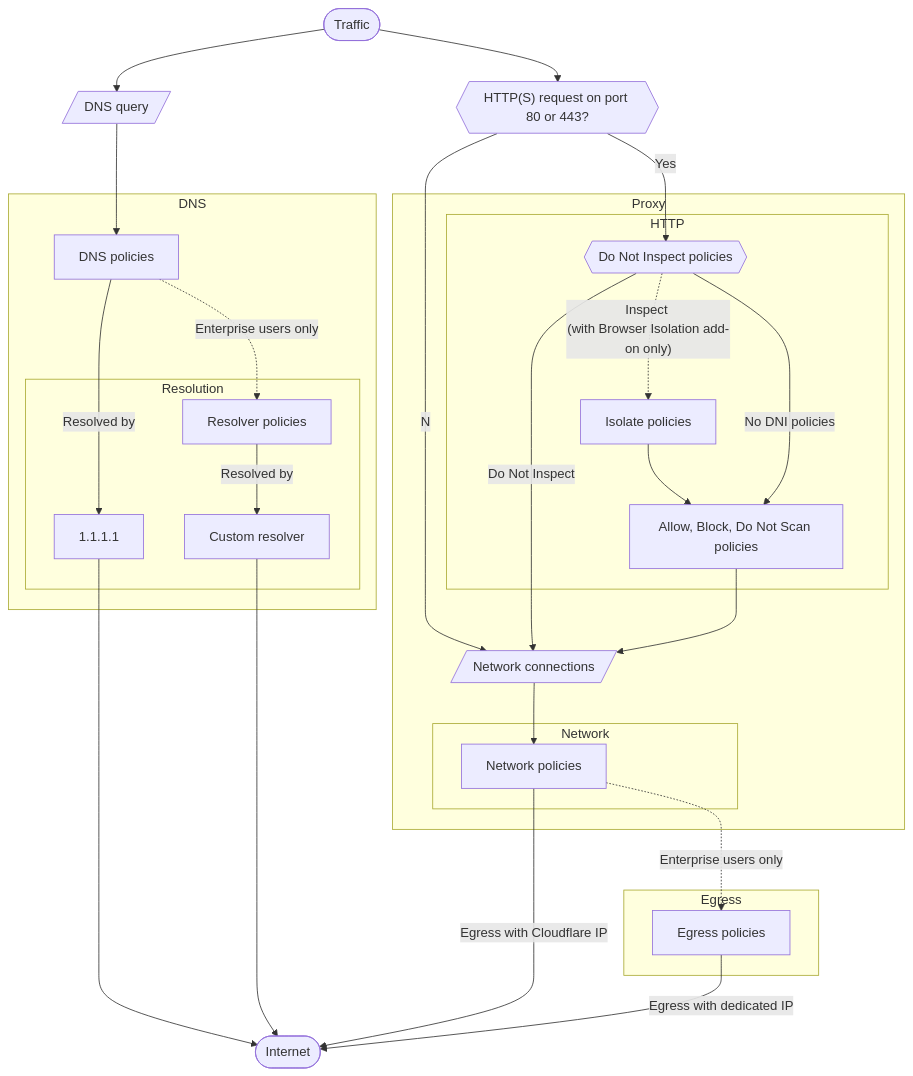
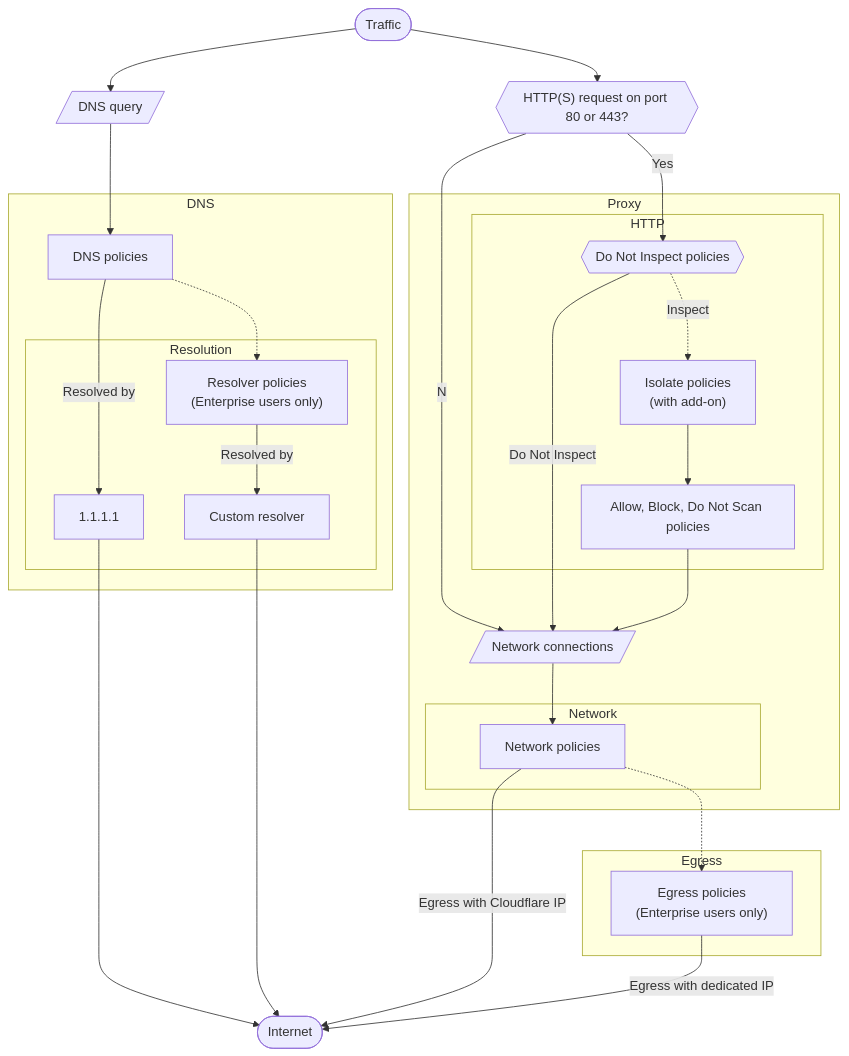
One commit to cloudflare/cloudflare-docs changed the diagram in content/cloudflare-one/policies/gateway/order-of-enforcement.md. Above: the diagram before and after it, drawn with Mermaid.

Commit message:
Apply suggestions

````diff
--- a/content/cloudflare-one/policies/gateway/order-of-enforcement.md
+++ b/content/cloudflare-one/policies/gateway/order-of-enforcement.md
@@ -11,59 +11,58 @@
 ```mermaid
 flowchart TB
     %% Accessibility
     accTitle: Gateway order of enforcement
     accDescr: Flowchart describing the order of enforcement for Gateway policies.
 
     %% In with user traffic
     start(["Traffic"])-->dns0[/"DNS query"/]-->dns1
     start-->http0{{"HTTP(S) request on port 80 or 443?"}}
     http0--Yes-->http1
     http0--No-->network0
 
     %% DNS policies
     subgraph DNS
     dns1["DNS policies"]
     style DNS text-align:left
     dns1--Resolved by-->dns2["1.1.1.1"]
-    dns1-.Enterprise users only.->dns3
+    dns1-.->dns3
 
         %% DNS resolution
         subgraph Resolution
         dns2["1.1.1.1"]
-        dns3["Resolver policies"]--Resolved by-->dns4["Custom resolver"]
+        dns3["Resolver policies <br />(Enterprise users only)"]--Resolved by-->dns4["Custom resolver"]
         end
 
     end
     dns2["1.1.1.1"]----->internet
     dns4----->internet
 
     %% Proxied by Gateway
     subgraph Proxy
 
     %% HTTP policies
     subgraph HTTP
     http1{{"Do Not Inspect policies"}}
-    http1-."Inspect <br />(with Browser Isolation add-on only)".->http2["Isolate policies"]
+    http1-."Inspect".->http2["Isolate policies  <br />(with add-on)"]
     http2-->http3["Allow, Block, Do Not Scan policies"]
-    http1--"No DNI policies"-->http3
     end
 
     http1--Do Not Inspect-->network0
     http3-->network0
     network0[/"Network connections"/]-->network1
 
     %% Network policies
     subgraph Network
     network1["Network policies"]
     end
     end
 
     %% Egress
     subgraph Egress
-    network1-.Enterprise users only.->egress1[Egress policies]
+    network1-.->egress1["Egress policies <br />(Enterprise users only)"]
     end
 
     %% Finish
     network1--Egress with Cloudflare IP-->internet([Internet])
     egress1--Egress with dedicated IP-->internet
 ```
````
